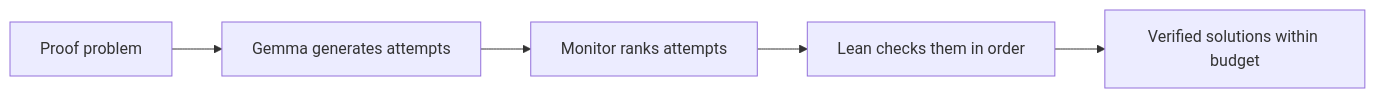
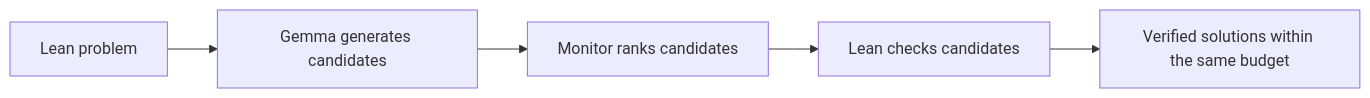
One commit to Fredo220/verified-reasoning-monitoring changed the diagram in README.md. Above: the diagram before and after it, drawn with Mermaid. The commit also changed other lines of this file, not shown here.

````diff
--- a/README.md
+++ b/README.md
@@ -61,7 +74,7 @@
-```mermaid
+~~~mermaid
 flowchart LR
-    A[Proof problem] --> B[Gemma generates attempts]
-    B --> C[Monitor ranks attempts]
-    C --> D[Lean checks them in order]
-    D --> E[Verified solutions within budget]
-```
+    A[Lean problem] --> B[Gemma generates candidates]
+    B --> C[Monitor ranks candidates]
+    C --> D[Lean checks candidates]
+    D --> E[Verified solutions within the same budget]
+~~~
````
